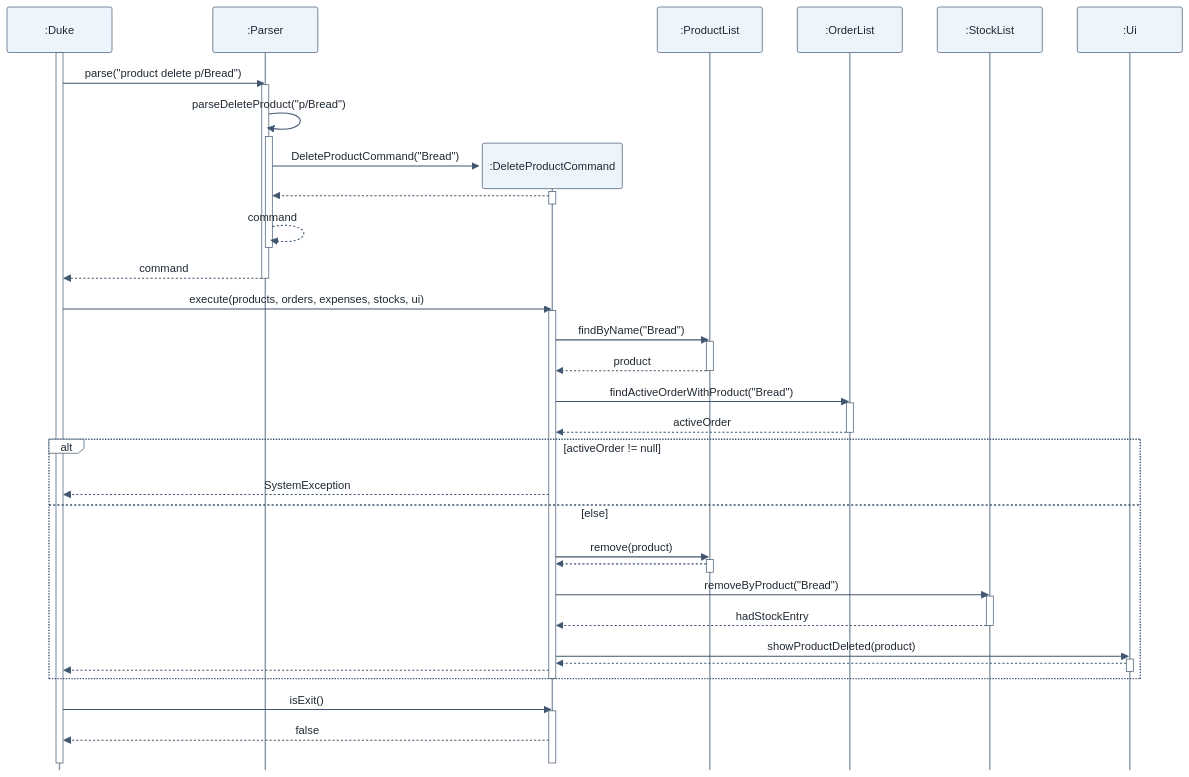
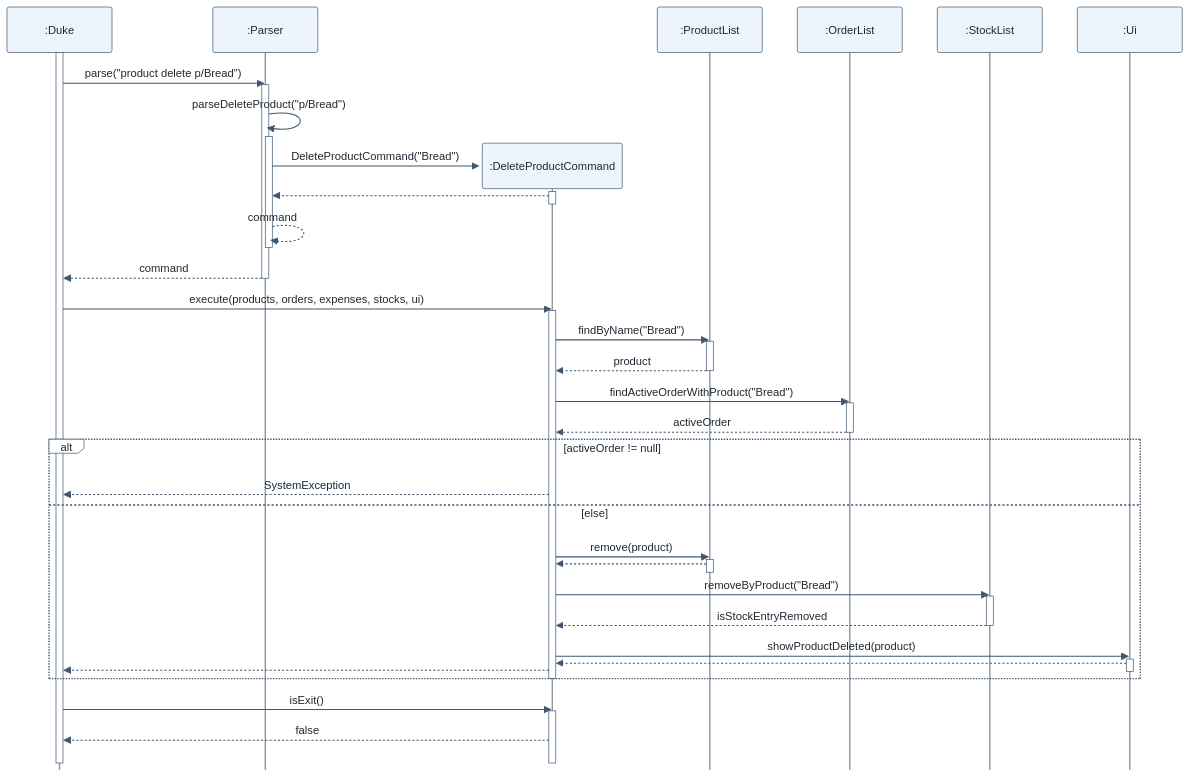
The diagram in docs/diagrams/product-delete.mmd (AY2627S1-CS2113-T11-1/tp), drawn with Mermaid before and after one commit. The commit also changed 3 other files, not shown here.

First line of the commit message:
Rename hadStockEntry to isStockEntryRemoved and fix PPP PR link

```diff
--- a/docs/diagrams/product-delete.mmd
+++ b/docs/diagrams/product-delete.mmd
@@ -1,62 +1,62 @@
 %%{init: {"sequence": {"mirrorActors": false}, "themeCSS": ".actor-line { stroke-dasharray: 5 5; } .loopLine { stroke-dasharray: none; stroke-width: 1.5px; }", "themeVariables": {"fontSize": "16px", "actorBkg": "#eef4fb", "actorBorder": "#40566f", "actorTextColor": "#1f2933", "actorLineColor": "#8a98a8", "signalColor": "#40566f", "signalTextColor": "#1f2933", "activationBkgColor": "#ffffff", "activationBorderColor": "#40566f", "labelBoxBkgColor": "#ffffff", "labelBoxBorderColor": "#40566f", "labelTextColor": "#1f2933", "loopTextColor": "#1f2933"}}}%%
 sequenceDiagram
     %% Deleting "Bread" with `product delete p/Bread`.
     %% Mermaid cannot draw UML's destroy marker, so after rendering, the X at the end of
     %% :DeleteProductCommand's lifeline (and the end of its last activation bar) was added to the SVG by hand.
     participant D as :Duke
     participant P as :Parser
 
     activate D
     D->>P: parse("product delete p/Bread")
     activate P
     P->>P: parseDeleteProduct("p/Bread")
     activate P
     create participant C as :DeleteProductCommand
     P->>C: DeleteProductCommand("Bread")
     activate C
     C-->>P: 
     deactivate C
     P-->>P: command
     deactivate P
     P-->>D: command
     deactivate P
 
     D->>C: execute(products, orders, expenses, stocks, ui)
     activate C
     participant PL as :ProductList
     participant OL as :OrderList
     participant SL as :StockList
     participant UI as :Ui
     C->>PL: findByName("Bread")
     activate PL
     PL-->>C: product
     deactivate PL
     C->>OL: findActiveOrderWithProduct("Bread")
     activate OL
     OL-->>C: activeOrder
     deactivate OL
 
     alt activeOrder != null
         C-->>D: SystemException
     else else
         C->>PL: remove(product)
         activate PL
         PL-->>C: 
         deactivate PL
         C->>SL: removeByProduct("Bread")
         activate SL
-        SL-->>C: hadStockEntry
+        SL-->>C: isStockEntryRemoved
         deactivate SL
         C->>UI: showProductDeleted(product)
         activate UI
         UI-->>C: 
         deactivate UI
         C-->>D: 
     end
     deactivate C
     D->>C: isExit()
     activate C
     destroy C
     C-->>D: false
     deactivate C
     deactivate D
```
